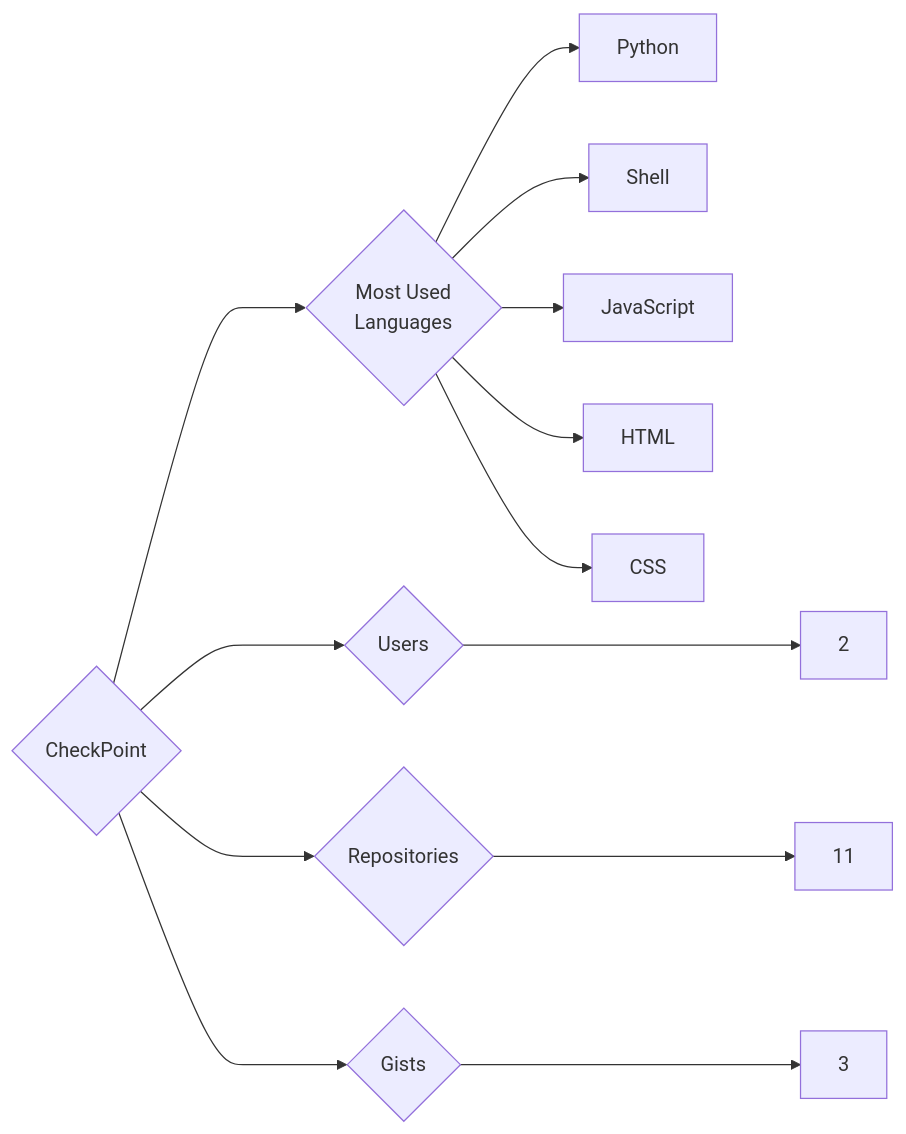
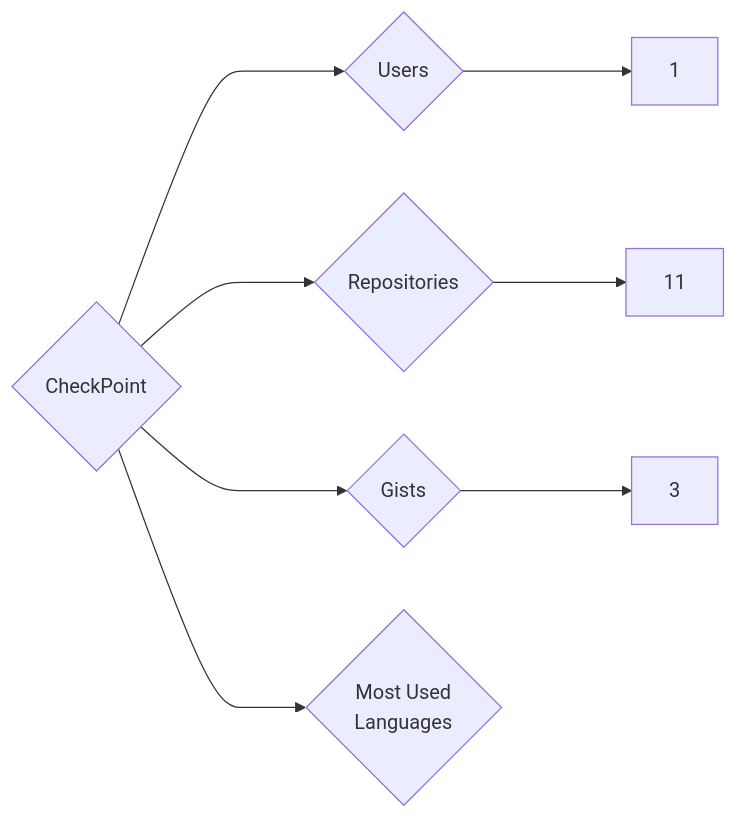
The diagram in targets/CheckPoint/README.md (trickest/insiders), drawn with Mermaid before and after one commit. The commit also changed 699 other files, not shown here.

````diff
--- a/targets/CheckPoint/README.md
+++ b/targets/CheckPoint/README.md
@@ -3,13 +3,8 @@
 ```mermaid
 graph LR
 COMPANY_NAME{CheckPoint}
-COMPANY_NAME ---> U{Users} ---> UN[2]
+COMPANY_NAME ---> U{Users} ---> UN[1]
 COMPANY_NAME ---> R{Repositories} ---> RN[11]
 COMPANY_NAME ---> G{Gists} ---> GN[3]
 COMPANY_NAME ---> ML{Most Used<br>Languages}
-ML --> Python[Python]
-ML --> Shell[Shell]
-ML --> JavaScript[JavaScript]
-ML --> HTML[HTML]
-ML --> CSS[CSS]
 ```
````
